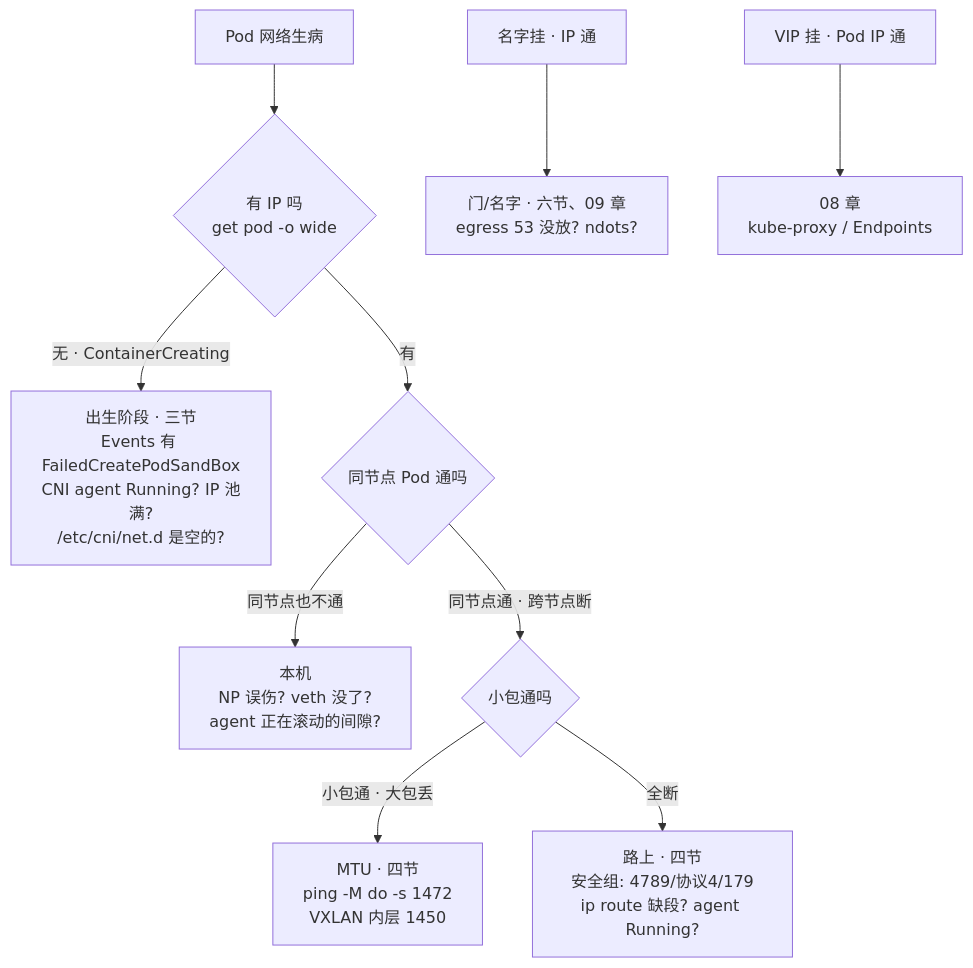
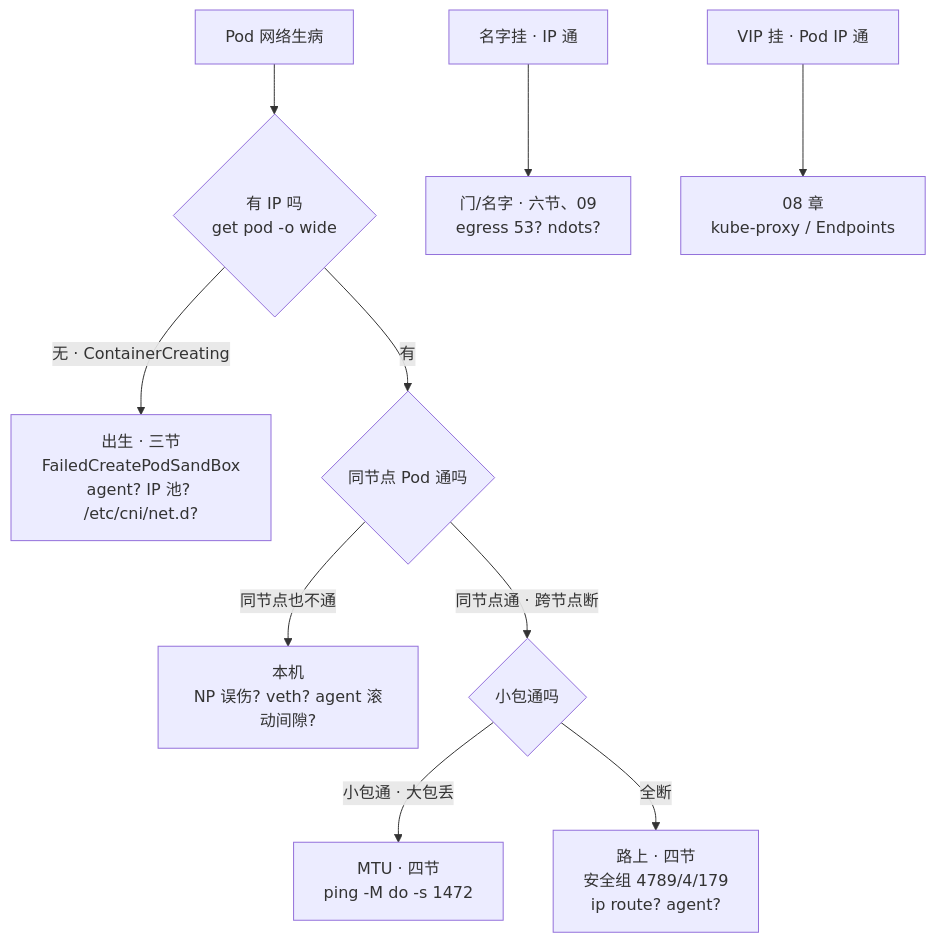
Before and after one commit to ml-cuizijun/LearnToLilith: the fifth of 5 diagrams in 03-Kubernetes/10-CNI与网络策略/知识点.md, drawn with Mermaid. The commit also changed other lines of this file and 178 other files, not shown here.

````diff
--- a/03-Kubernetes/10-CNI与网络策略/知识点.md
+++ b/03-Kubernetes/10-CNI与网络策略/知识点.md
@@ -489,12 +479,12 @@
 ```mermaid
 flowchart TB
     A["Pod 网络生病"] --> B{"有 IP 吗<br/>get pod -o wide"}
-    B -->|"无 · ContainerCreating"| C["出生阶段 · 三节<br/>Events 有 FailedCreatePodSandBox<br/>CNI agent Running? IP 池满?<br/>/etc/cni/net.d 是空的?"]
+    B -->|"无 · ContainerCreating"| C["出生 · 三节<br/>FailedCreatePodSandBox<br/>agent? IP 池? /etc/cni/net.d?"]
     B -->|有| D{"同节点 Pod 通吗"}
-    D -->|"同节点也不通"| E["本机<br/>NP 误伤? veth 没了?<br/>agent 正在滚动的间隙?"]
+    D -->|"同节点也不通"| E["本机<br/>NP 误伤? veth? agent 滚动间隙?"]
     D -->|"同节点通 · 跨节点断"| F{"小包通吗"}
-    F -->|"小包通 · 大包丢"| G["MTU · 四节<br/>ping -M do -s 1472<br/>VXLAN 内层 1450"]
-    F -->|"全断"| H["路上 · 四节<br/>安全组: 4789/协议4/179<br/>ip route 缺段? agent Running?"]
-    I["名字挂 · IP 通"] --> J["门/名字 · 六节、09 章<br/>egress 53 没放? ndots?"]
+    F -->|"小包通 · 大包丢"| G["MTU · 四节<br/>ping -M do -s 1472"]
+    F -->|"全断"| H["路上 · 四节<br/>安全组 4789/4/179<br/>ip route? agent?"]
+    I["名字挂 · IP 通"] --> J["门/名字 · 六节、09<br/>egress 53? ndots?"]
     K["VIP 挂 · Pod IP 通"] --> L["08 章<br/>kube-proxy / Endpoints"]
 ```
````
